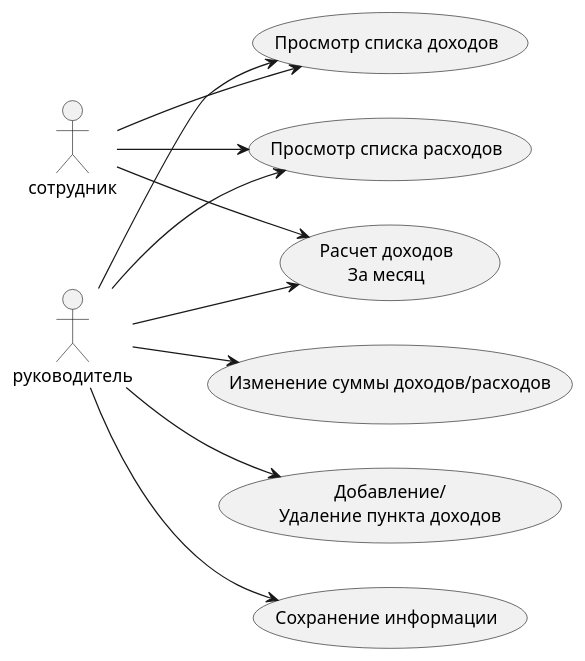
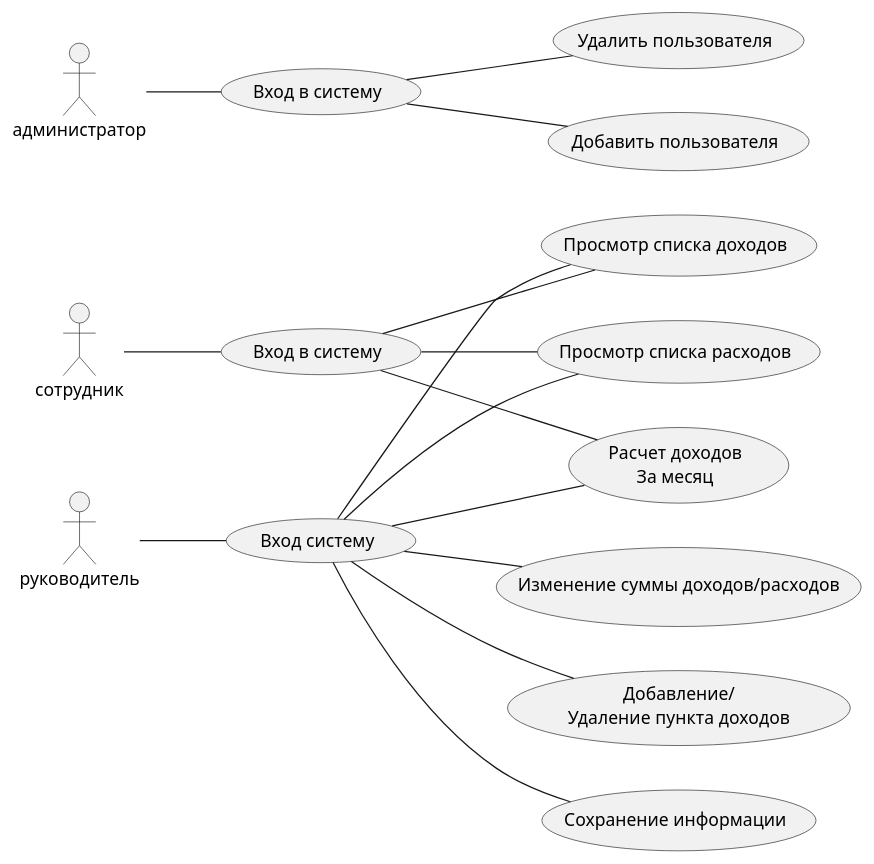
The diagram in use-case.puml (SmilePrime/MoneyOrgTrack), drawn with PlantUML before and after one commit.

Commit message:
usecase2

```diff
--- a/use-case.puml
+++ b/use-case.puml
@@ -1,27 +1,38 @@
 @startuml 
 left to right direction
 skinparam packageStyle rectangle
 
 actor "руководитель" as manager
 actor "сотрудник" as employee
+actor "администратор" as admin
 
+usecase "Удалить пользователя" as UC9
+usecase "Добавить пользователя" as UC8
+usecase "Вход систему" as UC7
+usecase "Вход в систему" as UC10
 usecase "Просмотр списка доходов" as UC1
 usecase "Просмотр списка расходов" as UC2
 usecase "Изменение суммы доходов/расходов" as UC3
 usecase "Добавление/\nУдаление пункта доходов" as UC4
 usecase "Расчет доходов\nЗа месяц" as UC5
 usecase "Сохранение информации" as UC6
+usecase "Вход в систему" as UC11
 
-manager --> UC1
-manager --> UC2
-manager --> UC3
-manager --> UC4
-manager --> UC5
-manager --> UC6
+admin -- UC11
+UC11 -- UC9
+UC11 -- UC8 
 
-employee --> UC1
-employee --> UC2
-employee --> UC5
+manager -- UC7
+UC7 -- UC1
+UC7 -- UC2
+UC7 -- UC3
+UC7 -- UC4
+UC7 -- UC5
+UC7 -- UC6
 
+employee -- UC10
+UC10 -- UC1
+UC10 -- UC2
+UC10 -- UC5
 
 @enduml
```
